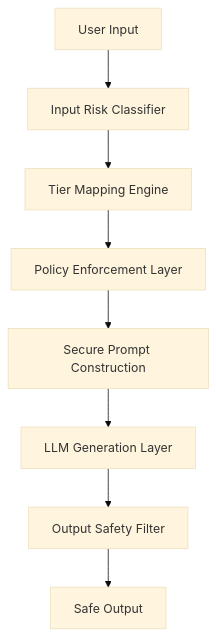
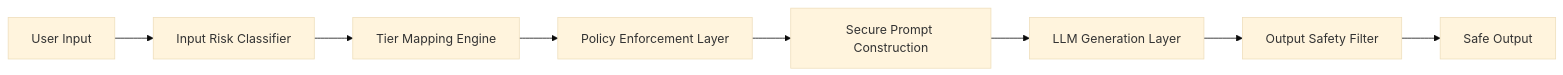
Before and after one commit to gabtos/adversarial_ai_testing: the diagram in readme.md, drawn with Mermaid (base theme).

````diff
--- a/readme.md
+++ b/readme.md
@@ -9,20 +9,20 @@
 ```mermaid
-flowchart TD
+flowchart LR
 
 A[User Input]
 B[Input Risk Classifier]
 C[Tier Mapping Engine]
 D[Policy Enforcement Layer]
 E[Secure Prompt Construction]
 F[LLM Generation Layer]
 G[Output Safety Filter]
 H[Safe Output]
 
 A --> B
 B --> C
 C --> D
 D --> E
 E --> F
 F --> G
 G --> H
 ```
````
